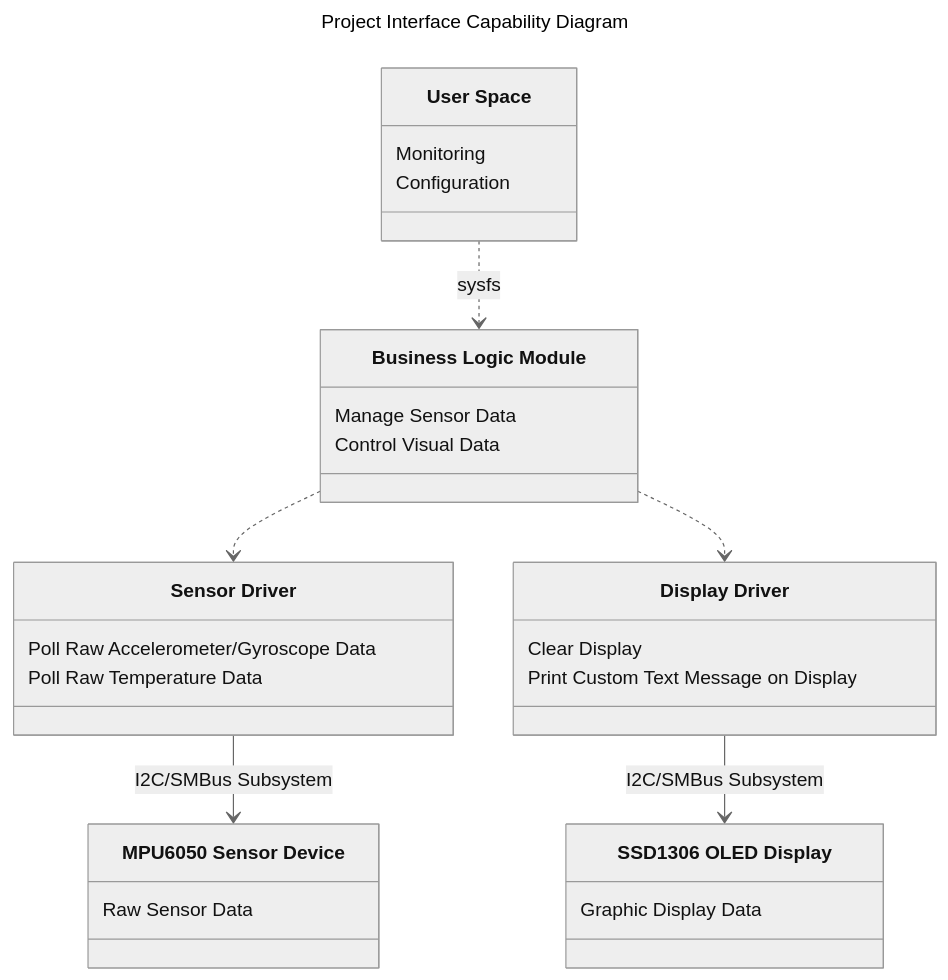
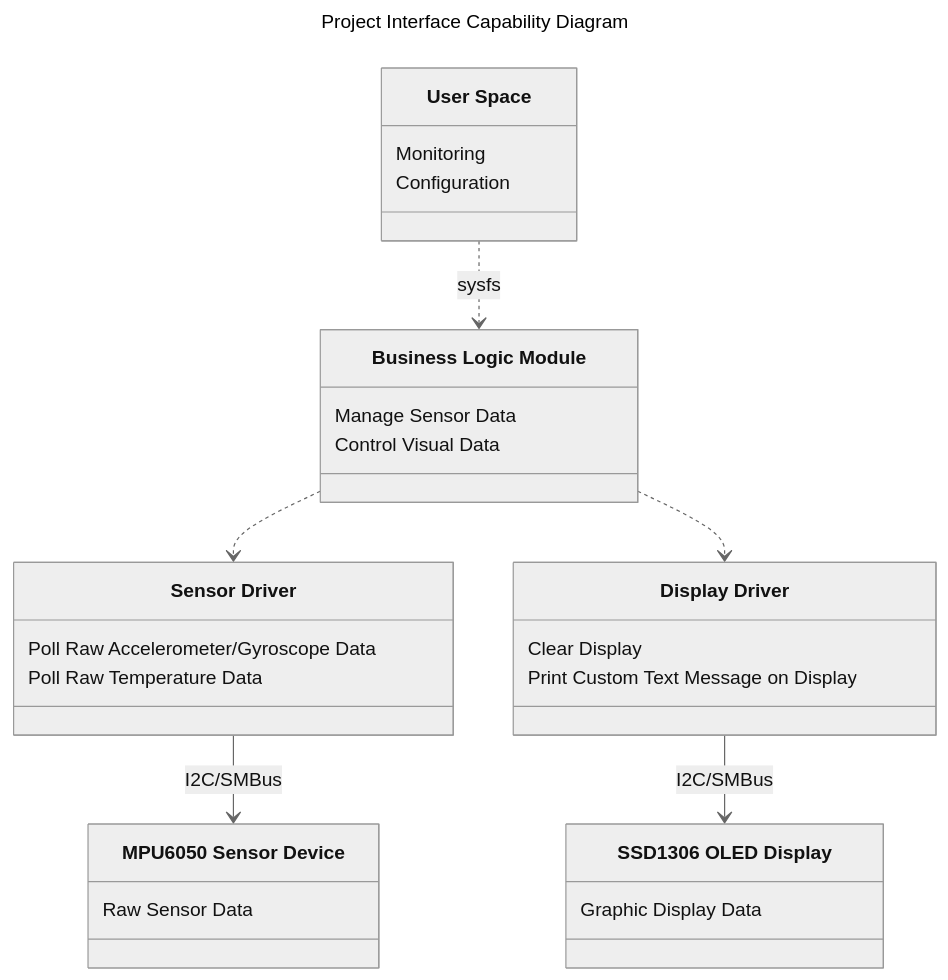
The second of 2 diagrams in README.md (deesync/gl_kernel_Basecamp_Project), drawn with Mermaid (neutral theme) before and after one commit.

Commit message:
Project: Update README.md

````diff
--- a/README.md
+++ b/README.md
@@ -56,43 +56,43 @@
 ```mermaid
 ---
 title: Project Interface Сapability Diagram
 ---
 classDiagram
    
     class `User Space` {
         Monitoring
         Configuration
     }
 
     class `Business Logic Module` {
         Manage Sensor Data
         Control Visual Data
     }
     %%link `User Space` "https://www.github.com/deesync"
 
     class `Display Driver` {
         Clear Display
         Print Custom Text Message on Display
     }
 
     class `Sensor Driver` {
         Poll Raw Accelerometer/Gyroscope Data
         Poll Raw Temperature Data
     }
 
     class `SSD1306 OLED Display` {
         Graphic Display Data
     }
 
     class `MPU6050 Sensor Device` {
         Raw Sensor Data
     }
 
     `User Space` ..> `Business Logic Module` : sysfs
 
     `Business Logic Module` ..> `Sensor Driver`
     `Business Logic Module` ..> `Display Driver`
 
-    `Sensor Driver` --> `MPU6050 Sensor Device` : I2C/SMBus Subsystem
-    `Display Driver` --> `SSD1306 OLED Display` : I2C/SMBus Subsystem
+    `Sensor Driver` --> `MPU6050 Sensor Device` : I2C/SMBus
+    `Display Driver` --> `SSD1306 OLED Display` : I2C/SMBus
 ```
````
